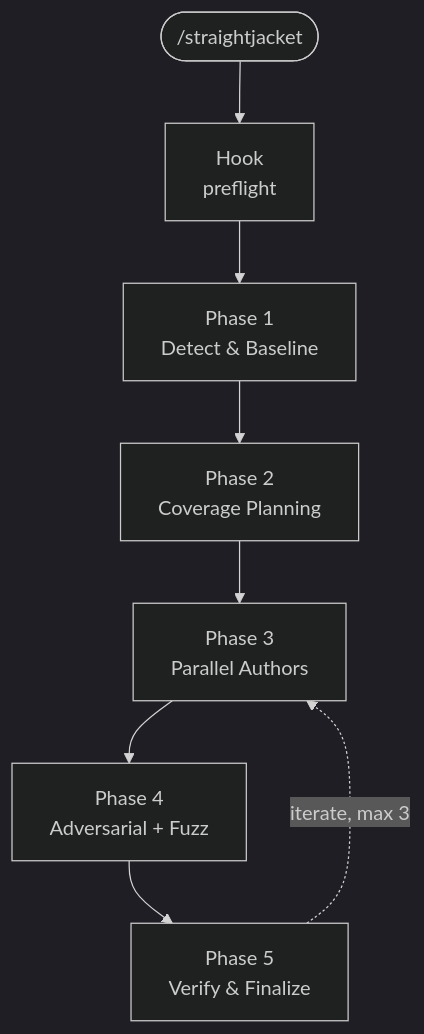
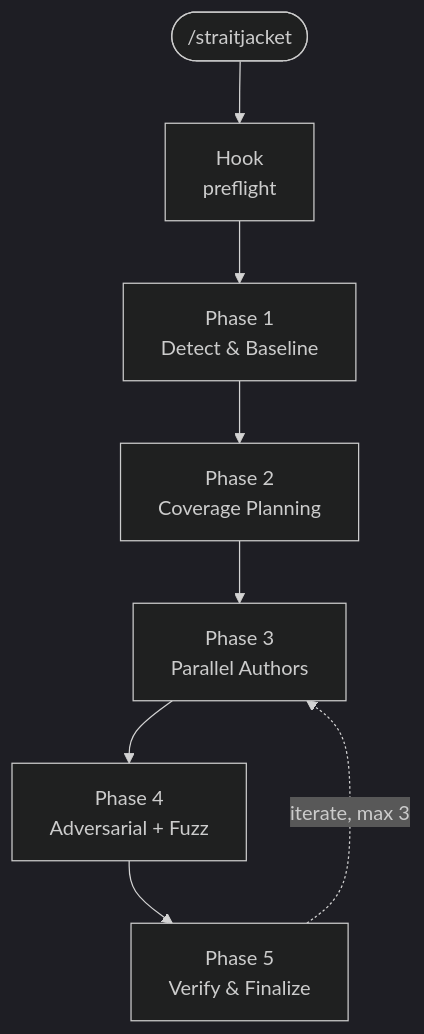
One commit to KemonoNeco/Straitjacket changed the second of 3 diagrams in docs/TECHNICAL.md. Above: the diagram before and after it, drawn with Mermaid (dark theme). The commit also changed other lines of this file and 61 other files, not shown here.

First line of the commit message:
rename: fix the plugin spelling straightjacket -> straitjacket

````diff
--- a/docs/TECHNICAL.md
+++ b/docs/TECHNICAL.md
@@ -104,13 +104,13 @@
 ```mermaid
 flowchart TD
-    Start(["/straightjacket"])
+    Start(["/straitjacket"])
     Hook["Hook<br/>preflight"]
     P1["Phase 1<br/>Detect &amp; Baseline"]
     P2["Phase 2<br/>Coverage Planning"]
     P3["Phase 3<br/>Parallel Authors"]
     P4["Phase 4<br/>Adversarial + Fuzz"]
     P5["Phase 5<br/>Verify &amp; Finalize"]
 
     Start --> Hook --> P1 --> P2 --> P3 --> P4 --> P5
     P5 -. "iterate, max 3" .-> P3
 ```
````
